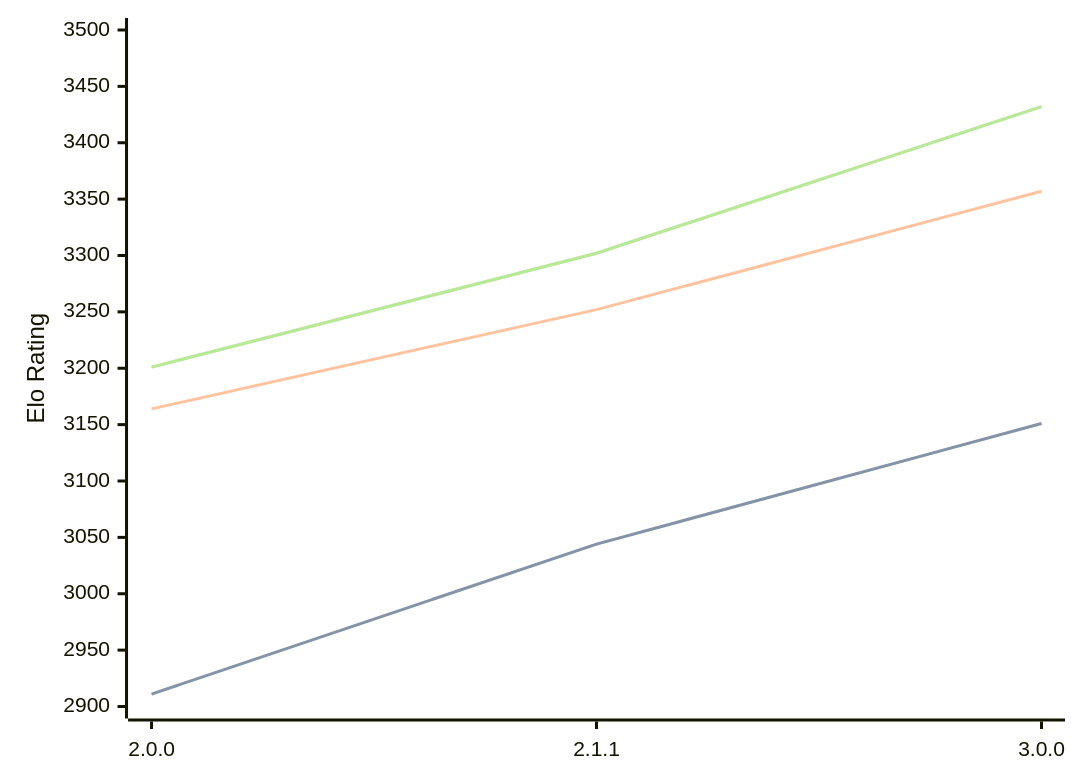
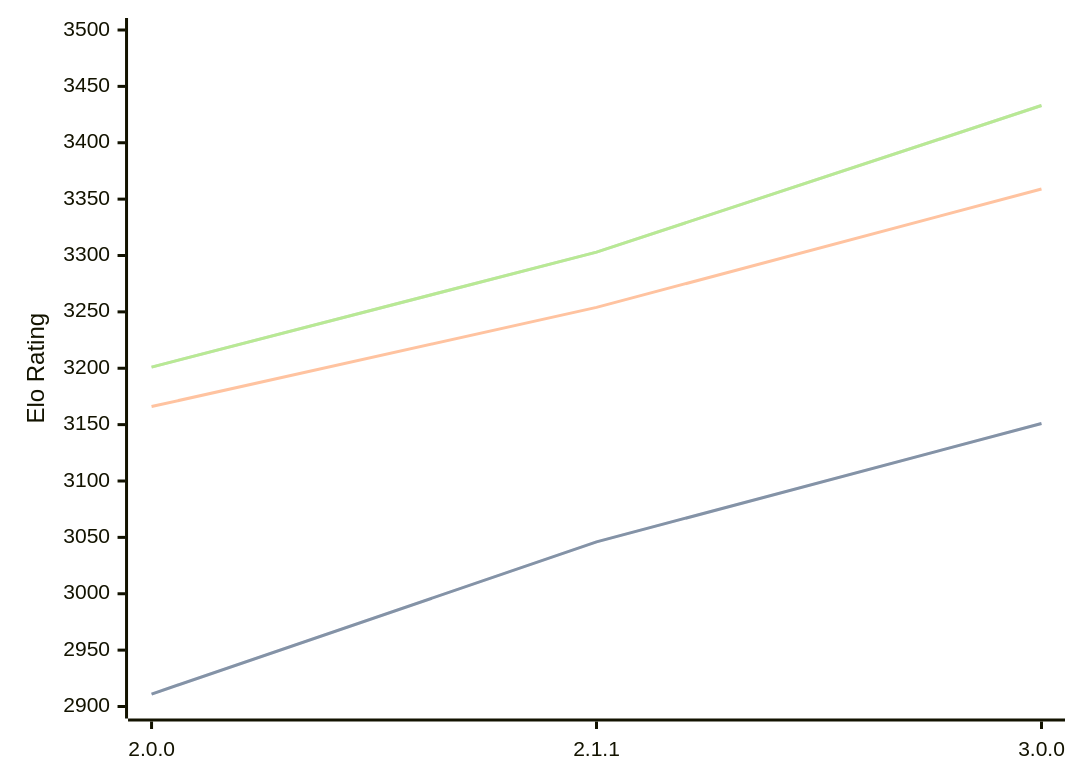
One commit to computer-chess-index/cci changed the diagram in engines/Bread.md. Above: the diagram before and after it, drawn with Mermaid. The commit also changed other lines of this file, not shown here.

Commit message:
Update CCI Ratings (ELO VLTC) - 2026-05-12

````diff
--- a/engines/Bread.md
+++ b/engines/Bread.md
@@ -51,11 +51,11 @@
 ```mermaid
 %%{init: {"theme":"base","themeVariables":{"seriesColors:['#a3a3a3','#222221','#faa371']}}}%%
 xychart-beta
   x-axis ["2.0.0", "2.1.1", "3.0.0"]
   y-axis "Elo Rating" 2900 --> 3500
-  line "STC (8.0+0.08s)" [2911, 3044, 3151]
-  line "STC (8.0+0.08s)" [2911, 3044, 3151]
-  line "LTC (60.0+0.60s)" [3164, 3252, 3357]
-  line "VLTC (2m24s+1.12s)" [3201, 3302, 3432]
-  line "VLTC (2m24s+1.12s)" [3201, 3302, 3432]
+  line "STC (8.0+0.08s)" [2911, 3046, 3151]
+  line "STC (8.0+0.08s)" [2911, 3046, 3151]
+  line "LTC (60.0+0.60s)" [3166, 3254, 3359]
+  line "VLTC (2m24s+1.12s)" [3201, 3303, 3433]
+  line "VLTC (2m24s+1.12s)" [3201, 3303, 3433]
 ```
````
